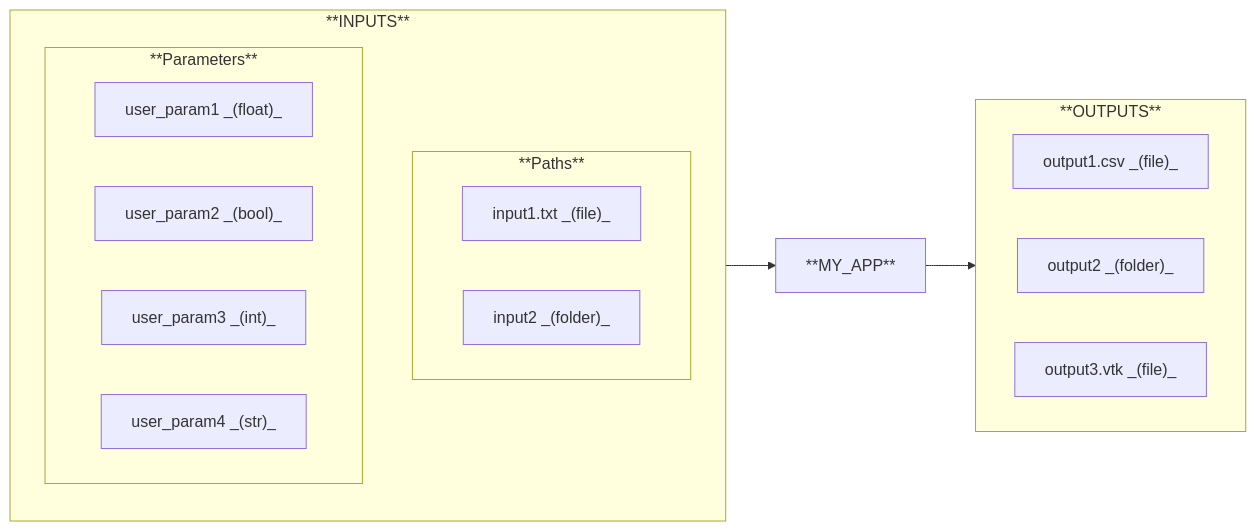
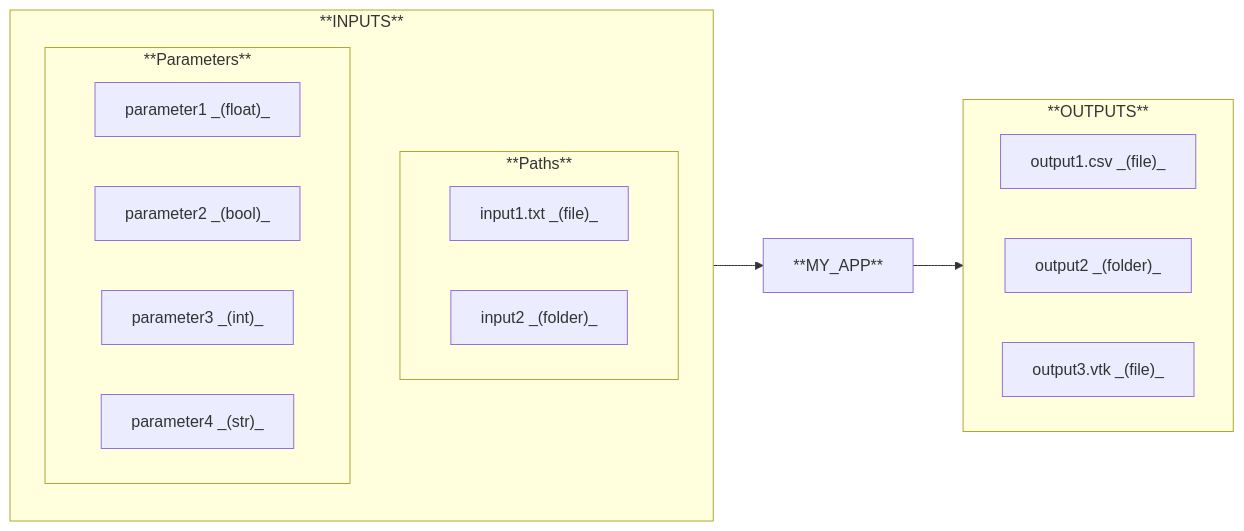
One commit to nuremics/nuremics changed diagram 12 of 16 in README.md. Above: the diagram before and after it, drawn with Mermaid. The commit also changed other lines of this file, not shown here.

````diff
--- a/README.md
+++ b/README.md
@@ -349,30 +349,30 @@
 ```mermaid
 flowchart LR
   subgraph **INPUTS**
     direction TB
 
     subgraph **Paths**
       direction LR
       path1["input1.txt _(file)_"]
       path2["input2 _(folder)_"]
     end
 
     subgraph **Parameters**
       direction LR
-      param1["user_param1 _(float)_"]
-      param2["user_param2 _(bool)_"]
-      param3["user_param3 _(int)_"]
-      param4["user_param4 _(str)_"]
+      param1["parameter1 _(float)_"]
+      param2["parameter2 _(bool)_"]
+      param3["parameter3 _(int)_"]
+      param4["parameter4 _(str)_"]
     end
   end
 
   subgraph **OUTPUTS**
     direction RL
     out1["output1.csv _(file)_"]
     out2["output2 _(folder)_"]
     out3["output3.vtk _(file)_"]
   end
 
   **INPUTS** --> MY_APP["**MY_APP**"]
   MY_APP --> **OUTPUTS**
 ```
````
